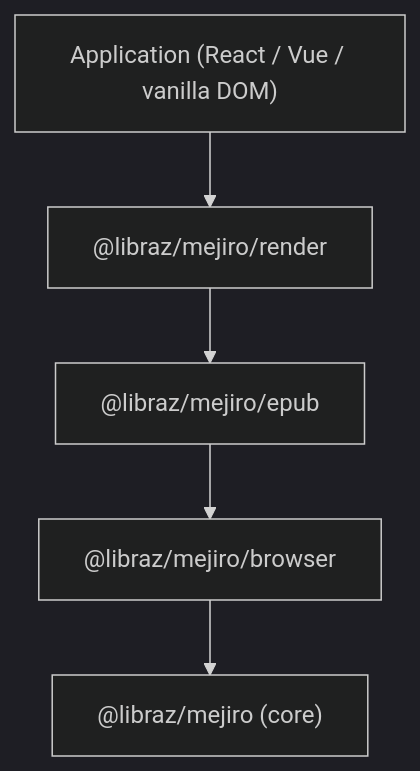
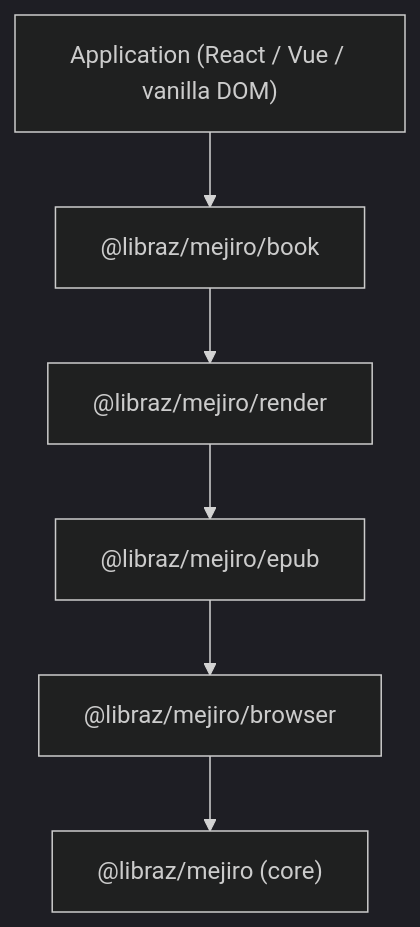
One commit to libraz/mejiro changed the first of 2 diagrams in docs/en/02-core-concepts.md. Above: the diagram before and after it, drawn with Mermaid (dark theme). The commit also changed other lines of this file and 17 other files, not shown here.

````diff
--- a/docs/en/02-core-concepts.md
+++ b/docs/en/02-core-concepts.md
@@ -9,7 +9,8 @@
 ```mermaid
 graph TD
-    A["Application (React / Vue / vanilla DOM)"] --> B["@libraz/mejiro/render"]
+    A["Application (React / Vue / vanilla DOM)"] --> F["@libraz/mejiro/book"]
+    F --> B["@libraz/mejiro/render"]
     B --> C["@libraz/mejiro/epub"]
     C --> D["@libraz/mejiro/browser"]
     D --> E["@libraz/mejiro (core)"]
 ```
````
